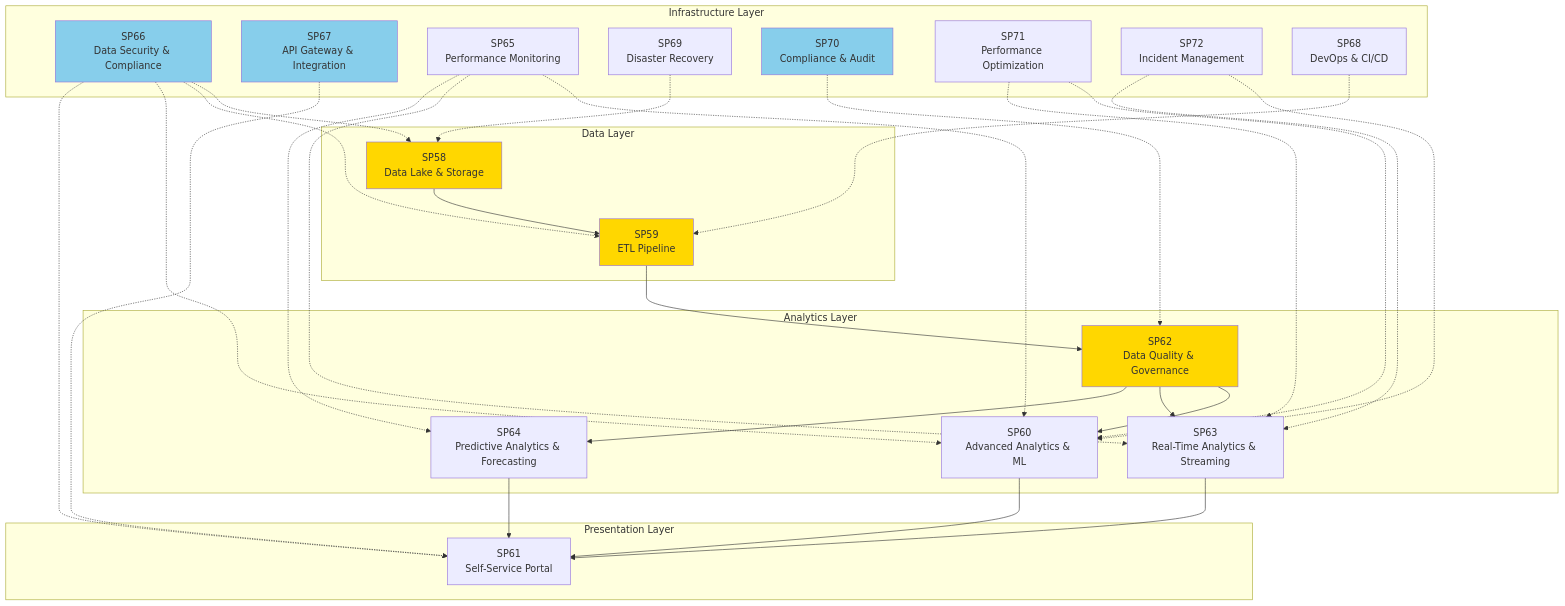
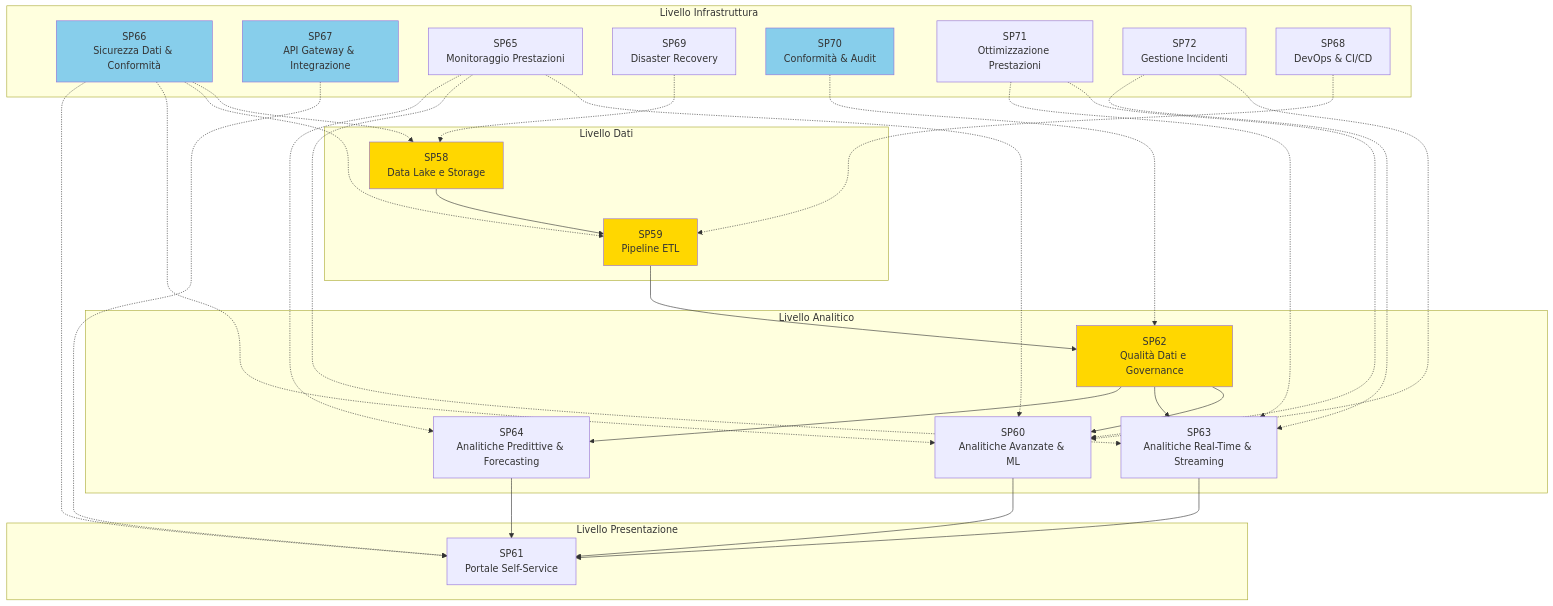
The diagram in docs/use_cases/UC11 - Analisi Dati e Reporting/02-DEPENDENCIES.md (gianlucaciarcelluti/Interzen.ZenIA), drawn with Mermaid before and after one commit. The commit also changed other lines of this file and 14 other files, not shown here.

````diff
--- a/docs/use_cases/UC11 - Analisi Dati e Reporting/02-DEPENDENCIES.md
+++ b/docs/use_cases/UC11 - Analisi Dati e Reporting/02-DEPENDENCIES.md
@@ -5,62 +5,62 @@
 ```mermaid
 graph TD
-    subgraph "Data Layer"
-        SP58[SP58<br/>Data Lake & Storage]
-        SP59[SP59<br/>ETL Pipeline]
+    subgraph "Livello Dati"
+        SP58[SP58<br/>Data Lake e Storage]
+        SP59[SP59<br/>Pipeline ETL]
     end
 
-    subgraph "Analytics Layer"
-        SP62[SP62<br/>Data Quality & Governance]
-        SP60[SP60<br/>Advanced Analytics & ML]
-        SP63[SP63<br/>Real-Time Analytics & Streaming]
-        SP64[SP64<br/>Predictive Analytics & Forecasting]
+    subgraph "Livello Analitico"
+        SP62[SP62<br/>Qualità Dati e Governance]
+        SP60[SP60<br/>Analitiche Avanzate & ML]
+        SP63[SP63<br/>Analitiche Real-Time & Streaming]
+        SP64[SP64<br/>Analitiche Predittive & Forecasting]
     end
 
-    subgraph "Presentation Layer"
-        SP61[SP61<br/>Self-Service Portal]
+    subgraph "Livello Presentazione"
+        SP61[SP61<br/>Portale Self-Service]
     end
 
-    subgraph "Infrastructure Layer"
-        SP66[SP66<br/>Data Security & Compliance]
-        SP67[SP67<br/>API Gateway & Integration]
-        SP65[SP65<br/>Performance Monitoring]
+    subgraph "Livello Infrastruttura"
+        SP66[SP66<br/>Sicurezza Dati & Conformità]
+        SP67[SP67<br/>API Gateway & Integrazione]
+        SP65[SP65<br/>Monitoraggio Prestazioni]
         SP69[SP69<br/>Disaster Recovery]
-        SP70[SP70<br/>Compliance & Audit]
-        SP71[SP71<br/>Performance Optimization]
-        SP72[SP72<br/>Incident Management]
+        SP70[SP70<br/>Conformità & Audit]
+        SP71[SP71<br/>Ottimizzazione Prestazioni]
+        SP72[SP72<br/>Gestione Incidenti]
         SP68[SP68<br/>DevOps & CI/CD]
     end
 
     SP58 --> SP59
     SP59 --> SP62
     SP62 --> SP60
     SP62 --> SP63
     SP62 --> SP64
     SP60 --> SP61
     SP63 --> SP61
     SP64 --> SP61
 
     SP66 -.-> SP58
     SP66 -.-> SP59
     SP66 -.-> SP60
     SP66 -.-> SP61
 
     SP67 -.-> SP61
     SP65 -.-> SP60
     SP65 -.-> SP63
     SP65 -.-> SP64
     SP69 -.-> SP58
     SP70 -.-> SP62
     SP71 -.-> SP60
     SP71 -.-> SP63
     SP72 -.-> SP60
     SP72 -.-> SP63
     SP68 -.-> SP59
 
     style SP58 fill:#ffd700
     style SP59 fill:#ffd700
     style SP62 fill:#ffd700
     style SP66 fill:#87ceeb
     style SP67 fill:#87ceeb
     style SP70 fill:#87ceeb
 ```
````
